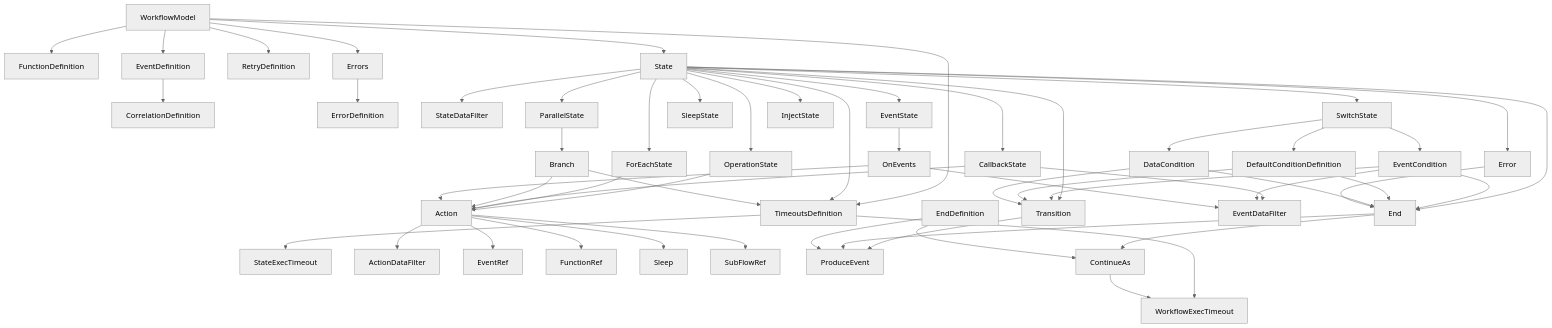
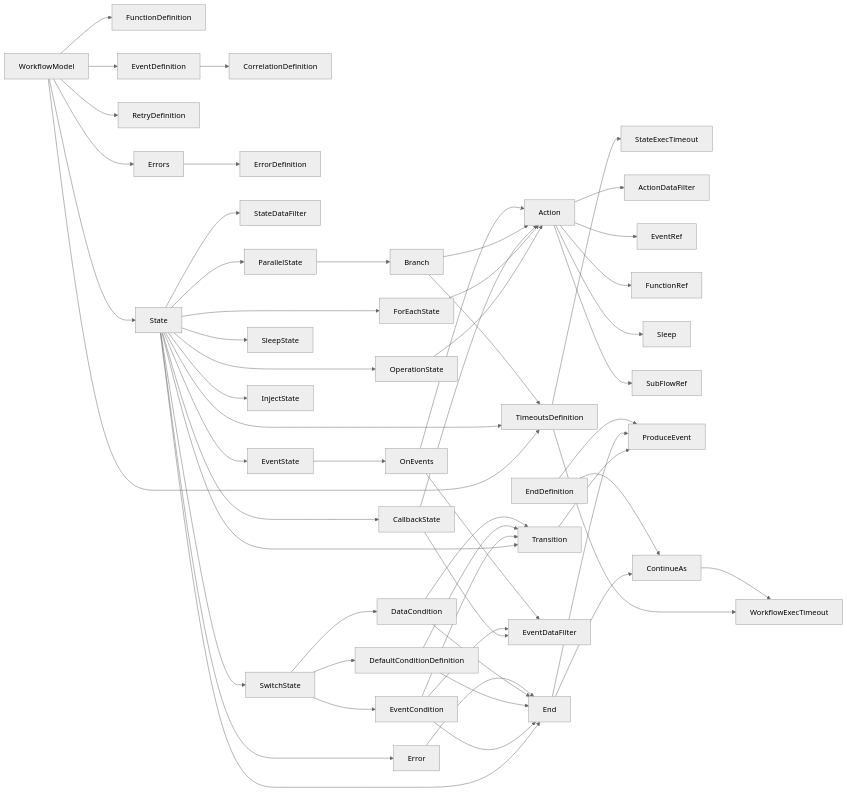
Before and after one commit to hbelmiro/serverless-workflow-validations: the first of 9 diagrams in diagram.md, drawn with Mermaid (neutral theme). The commit also changed other lines of this file, not shown here.

Commit message:
Added more diagrams

````diff
--- a/diagram.md
+++ b/diagram.md
@@ -1,80 +5,80 @@
 ```mermaid
-  graph TD;
-      WorkflowModel-->FunctionDefinition;
-      WorkflowModel-->EventDefinition;
-      WorkflowModel-->RetryDefinition;
-      WorkflowModel-->TimeoutsDefinition;
-      WorkflowModel-->Errors;
-      WorkflowModel-->State;
-      
-      EventDefinition-->CorrelationDefinition;
-      
-      TimeoutsDefinition-->StateExecTimeout;
-      TimeoutsDefinition-->WorkflowExecTimeout;
-      
-      Errors-->ErrorDefinition;
-      
-      State-->End;
-      State-->Error;
-      State-->StateDataFilter
-      State-->TimeoutsDefinition;
-      State-->Transition;
-      
-      State-->EventState;
-      State-->OperationState;
-      State-->SwitchState;
-      State-->SleepState;
-      State-->ParallelState;
-      State-->InjectState;
-      State-->ForEachState;
-      State-->CallbackState;
-      
-      EventState-->OnEvents;
-      
-      OperationState-->Action;
-      
-      SwitchState-->DataCondition;
-      SwitchState-->DefaultConditionDefinition;
-      SwitchState-->EventCondition;
-      
-      ParallelState-->Branch;
-      
-      ForEachState-->Action;
-      
-      CallbackState-->Action;
-      CallbackState-->EventDataFilter;
-      
-      Branch-->Action;
-      Branch-->TimeoutsDefinition;
-      
-      EventCondition-->End;
-      EventCondition-->EventDataFilter;
-      EventCondition-->Transition;
-      
-      DefaultConditionDefinition-->End;
-      DefaultConditionDefinition-->Transition;
-      
-      DataCondition-->End;
-      DataCondition-->Transition;
-      
-      OnEvents-->Action;
-      OnEvents-->EventDataFilter
-      
-      Action-->ActionDataFilter;
-      Action-->EventRef;
-      Action-->FunctionRef;
-      Action-->Sleep;
-      Action-->SubFlowRef;
-      
-      Transition-->ProduceEvent;
-      
-      Error-->End;
-      
-      End-->ContinueAs;
-      End-->ProduceEvent;
-      
-      EndDefinition-->ProduceEvent;
-      EndDefinition-->ContinueAs;
-      
-      ContinueAs-->WorkflowExecTimeout;
+  graph LR;
+  WorkflowModel-->FunctionDefinition;
+  WorkflowModel-->EventDefinition;
+  WorkflowModel-->RetryDefinition;
+  WorkflowModel-->TimeoutsDefinition;
+  WorkflowModel-->Errors;
+  WorkflowModel-->State;
+  
+  EventDefinition-->CorrelationDefinition;
+  
+  TimeoutsDefinition-->StateExecTimeout;
+  TimeoutsDefinition-->WorkflowExecTimeout;
+  
+  Errors-->ErrorDefinition;
+  
+  State-->End;
+  State-->Error;
+  State-->StateDataFilter
+  State-->TimeoutsDefinition;
+  State-->Transition;
+  
+  State-->EventState;
+  State-->OperationState;
+  State-->SwitchState;
+  State-->SleepState;
+  State-->ParallelState;
+  State-->InjectState;
+  State-->ForEachState;
+  State-->CallbackState;
+  
+  EventState-->OnEvents;
+  
+  OperationState-->Action;
+  
+  SwitchState-->DataCondition;
+  SwitchState-->DefaultConditionDefinition;
+  SwitchState-->EventCondition;
+  
+  ParallelState-->Branch;
+  
+  ForEachState-->Action;
+  
+  CallbackState-->Action;
+  CallbackState-->EventDataFilter;
+  
+  Branch-->Action;
+  Branch-->TimeoutsDefinition;
+  
+  EventCondition-->End;
+  EventCondition-->EventDataFilter;
+  EventCondition-->Transition;
+  
+  DefaultConditionDefinition-->End;
+  DefaultConditionDefinition-->Transition;
+  
+  DataCondition-->End;
+  DataCondition-->Transition;
+  
+  OnEvents-->Action;
+  OnEvents-->EventDataFilter
+  
+  Action-->ActionDataFilter;
+  Action-->EventRef;
+  Action-->FunctionRef;
+  Action-->Sleep;
+  Action-->SubFlowRef;
+  
+  Transition-->ProduceEvent;
+  
+  Error-->End;
+  
+  End-->ContinueAs;
+  End-->ProduceEvent;
+  
+  EndDefinition-->ProduceEvent;
+  EndDefinition-->ContinueAs;
+  
+  ContinueAs-->WorkflowExecTimeout;
 ```
````
